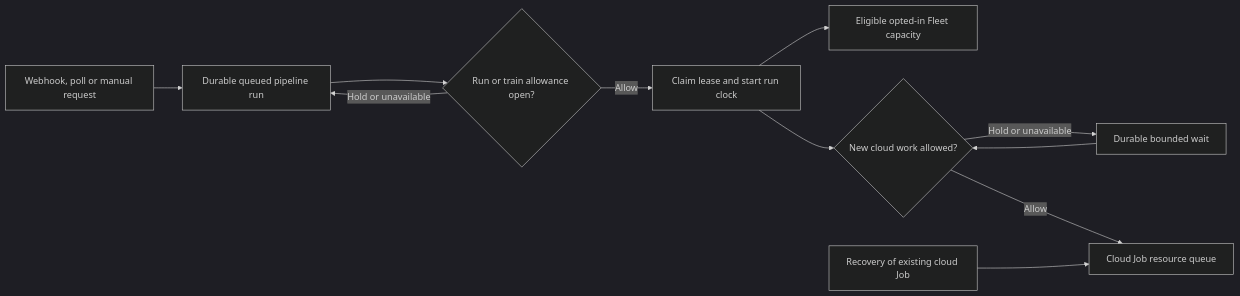
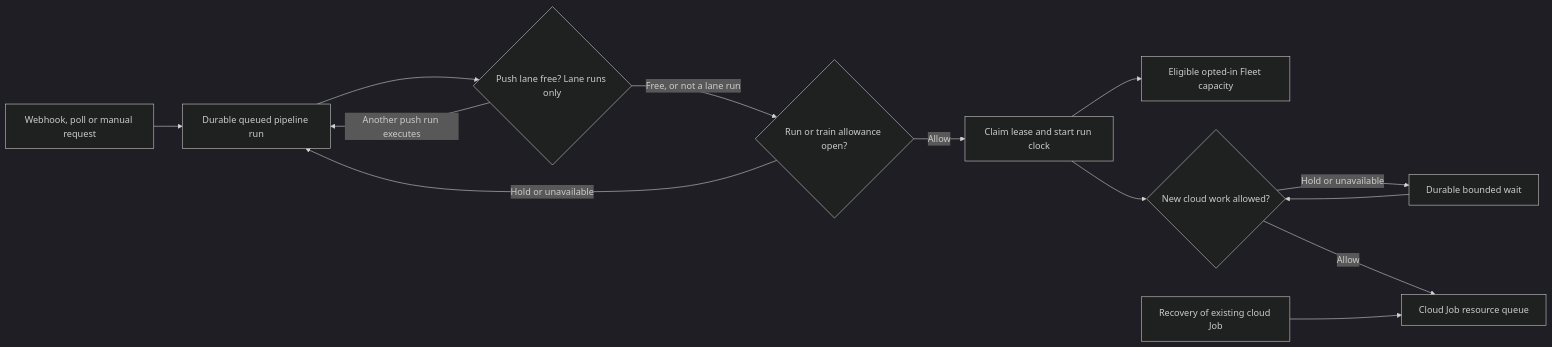
One commit to znasllc-io/memql changed the fourth of 4 diagrams in docs/public/operate/pipelines.md. Above: the diagram before and after it, drawn with Mermaid (dark theme). The commit also changed other lines of this file and 25 other files, not shown here.

````diff
--- a/docs/public/operate/pipelines.md
+++ b/docs/public/operate/pipelines.md
@@ -2035,13 +2060,15 @@
 ```mermaid
 flowchart LR
     S[Webhook, poll or manual request] --> Q[Durable queued pipeline run]
-    Q --> G{Run or train allowance open?}
+    Q --> L{Push lane free? Lane runs only}
+    L -->|Another push run executes| Q
+    L -->|Free, or not a lane run| G{Run or train allowance open?}
     G -->|Hold or unavailable| Q
     G -->|Allow| C[Claim lease and start run clock]
     C --> F[Eligible opted-in Fleet capacity]
     C --> B{New cloud work allowed?}
     B -->|Hold or unavailable| W[Durable bounded wait]
     W --> B
     B -->|Allow| K[Cloud Job resource queue]
     R[Recovery of existing cloud Job] --> K
 ```
````
